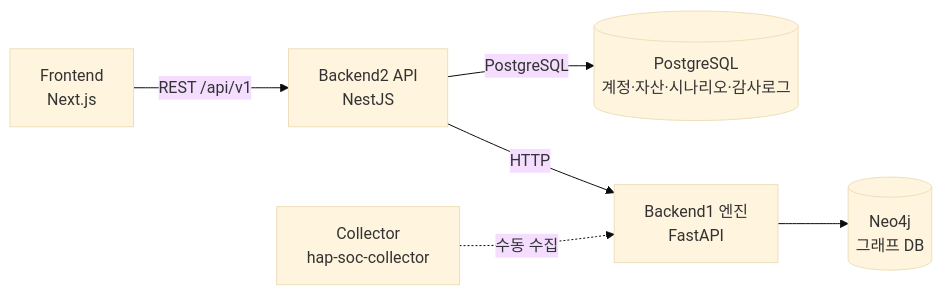
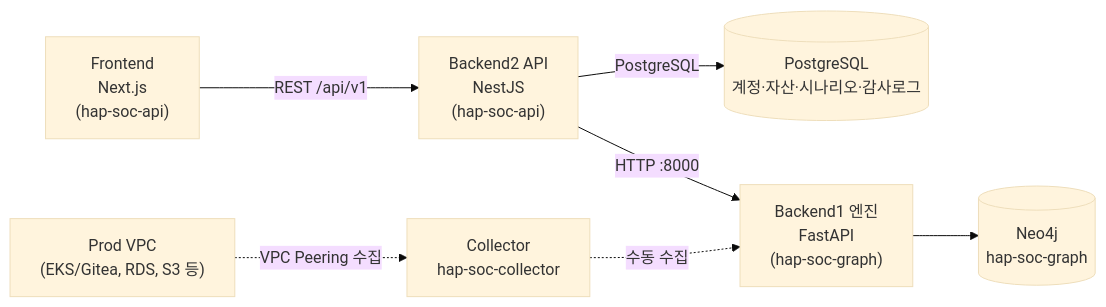
Before and after one commit to KDongGyu1/hybrid-attack-pathfinder: the diagram in README.md, drawn with Mermaid (base theme). The commit also changed other lines of this file, not shown here.

First line of the commit message:
docs: expand architecture section with full infra layout

````diff
--- a/README.md
+++ b/README.md
@@ -21,8 +55,9 @@
 ```mermaid
 flowchart LR
-    FE["Frontend<br/>Next.js"] -->|REST /api/v1| BE2["Backend2 API<br/>NestJS"]
+    FE["Frontend<br/>Next.js<br/>(hap-soc-api)"] -->|REST /api/v1| BE2["Backend2 API<br/>NestJS<br/>(hap-soc-api)"]
     BE2 -->|PostgreSQL| DB[(PostgreSQL<br/>계정·자산·시나리오·감사로그)]
-    BE2 -->|HTTP| BE1["Backend1 엔진<br/>FastAPI"]
-    BE1 --> NEO[(Neo4j<br/>그래프 DB)]
+    BE2 -->|HTTP :8000| BE1["Backend1 엔진<br/>FastAPI<br/>(hap-soc-graph)"]
+    BE1 --> NEO[(Neo4j<br/>hap-soc-graph)]
     COL["Collector<br/>hap-soc-collector"] -.수동 수집.-> BE1
+    PROD["Prod VPC<br/>(EKS/Gitea, RDS, S3 등)"] -.VPC Peering 수집.-> COL
 ```
````
